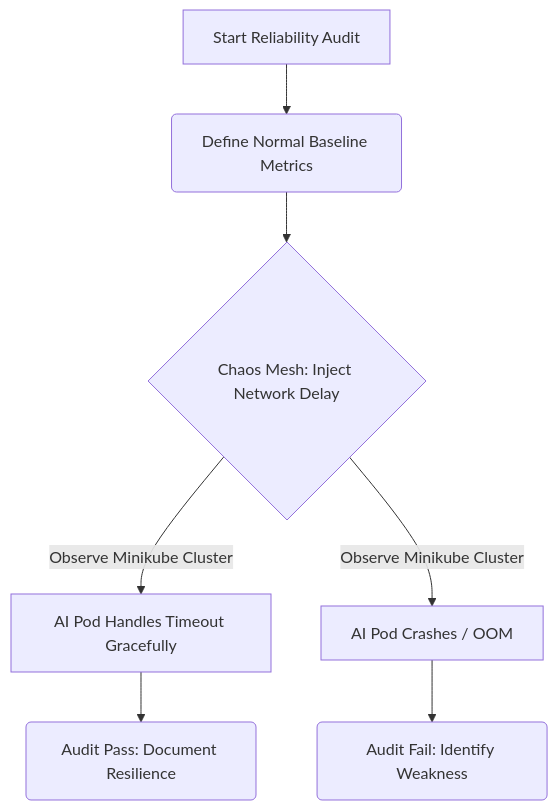
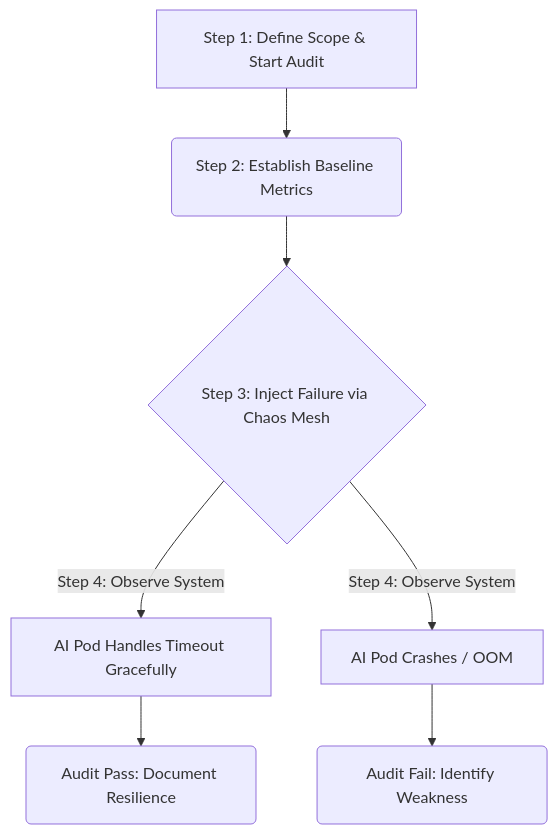
The first of 3 diagrams in README.md (ga-curriculum/reliability-audits-and-continuous-improvement), drawn with Mermaid before and after one commit. The commit also changed other lines of this file and 1 other file, not shown here.

````diff
--- a/README.md
+++ b/README.md
@@ -55,9 +68,9 @@
 ```mermaid
 graph TD
-    A[Start Reliability Audit] --> B(Define Normal Baseline Metrics)
-    B --> C{Chaos Mesh: Inject Network Delay}
-    C -->|Observe Minikube Cluster| D[AI Pod Handles Timeout Gracefully]
-    C -->|Observe Minikube Cluster| E[AI Pod Crashes / OOM]
+    A[Step 1: Define Scope & Start Audit] --> B(Step 2: Establish Baseline Metrics)
+    B --> C{Step 3: Inject Failure via Chaos Mesh}
+    C -->|Step 4: Observe System| D[AI Pod Handles Timeout Gracefully]
+    C -->|Step 4: Observe System| E[AI Pod Crashes / OOM]
     D --> F(Audit Pass: Document Resilience)
     E --> G(Audit Fail: Identify Weakness)
 ```
````
